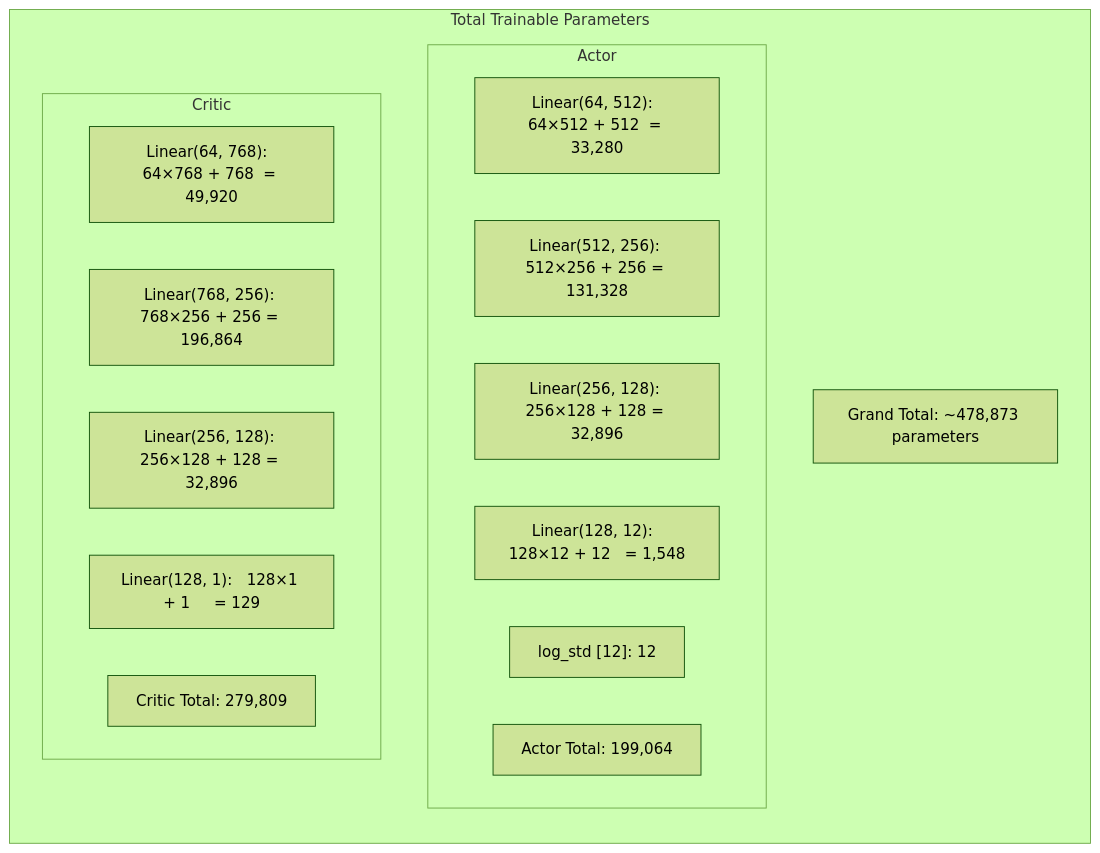
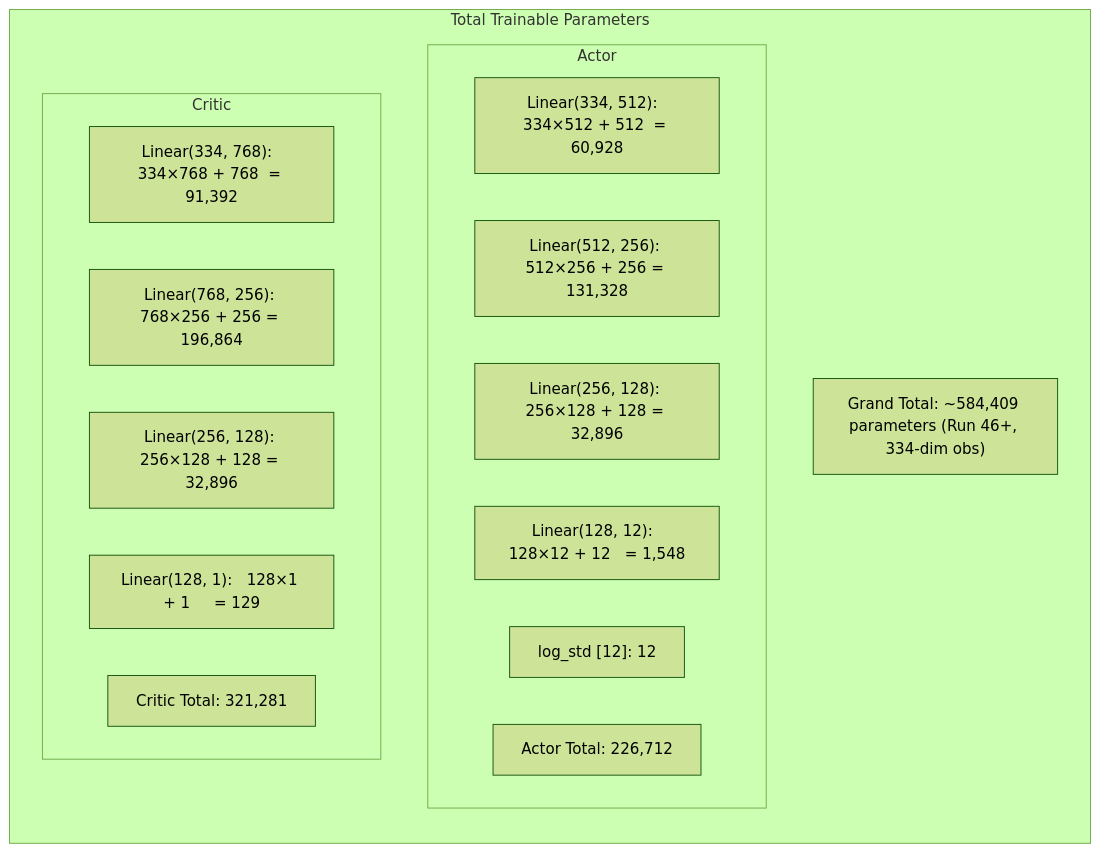
One commit to armmarov/armrobot changed the seventh of 9 diagrams in docs/PPO_NETWORK.md. Above: the diagram before and after it, drawn with Mermaid (forest theme). The commit also changed other lines of this file and 14 other files, not shown here.

````diff
--- a/docs/PPO_NETWORK.md
+++ b/docs/PPO_NETWORK.md
@@ -323,24 +323,24 @@
 ```mermaid
 flowchart TB
     subgraph PARAMS["Total Trainable Parameters"]
         direction TB
         subgraph ACTOR_P["Actor"]
-            AP1["Linear(64, 512):  64×512 + 512  = 33,280"]
+            AP1["Linear(334, 512):  334×512 + 512  = 60,928"]
             AP2["Linear(512, 256): 512×256 + 256 = 131,328"]
             AP3["Linear(256, 128): 256×128 + 128 = 32,896"]
             AP4["Linear(128, 12):  128×12 + 12   = 1,548"]
             AP5["log_std [12]:                      12"]
-            AP_TOTAL["Actor Total: 199,064"]
+            AP_TOTAL["Actor Total: 226,712"]
         end
 
         subgraph CRITIC_P["Critic"]
-            CP1["Linear(64, 768):  64×768 + 768  = 49,920"]
+            CP1["Linear(334, 768):  334×768 + 768  = 91,392"]
             CP2["Linear(768, 256): 768×256 + 256 = 196,864"]
             CP3["Linear(256, 128): 256×128 + 128 = 32,896"]
             CP4["Linear(128, 1):   128×1 + 1     = 129"]
-            CP_TOTAL["Critic Total: 279,809"]
+            CP_TOTAL["Critic Total: 321,281"]
         end
 
-        GRAND["Grand Total: ~478,873 parameters"]
+        GRAND["Grand Total: ~584,409 parameters (Run 46+, 334-dim obs)"]
     end
 ```
````
